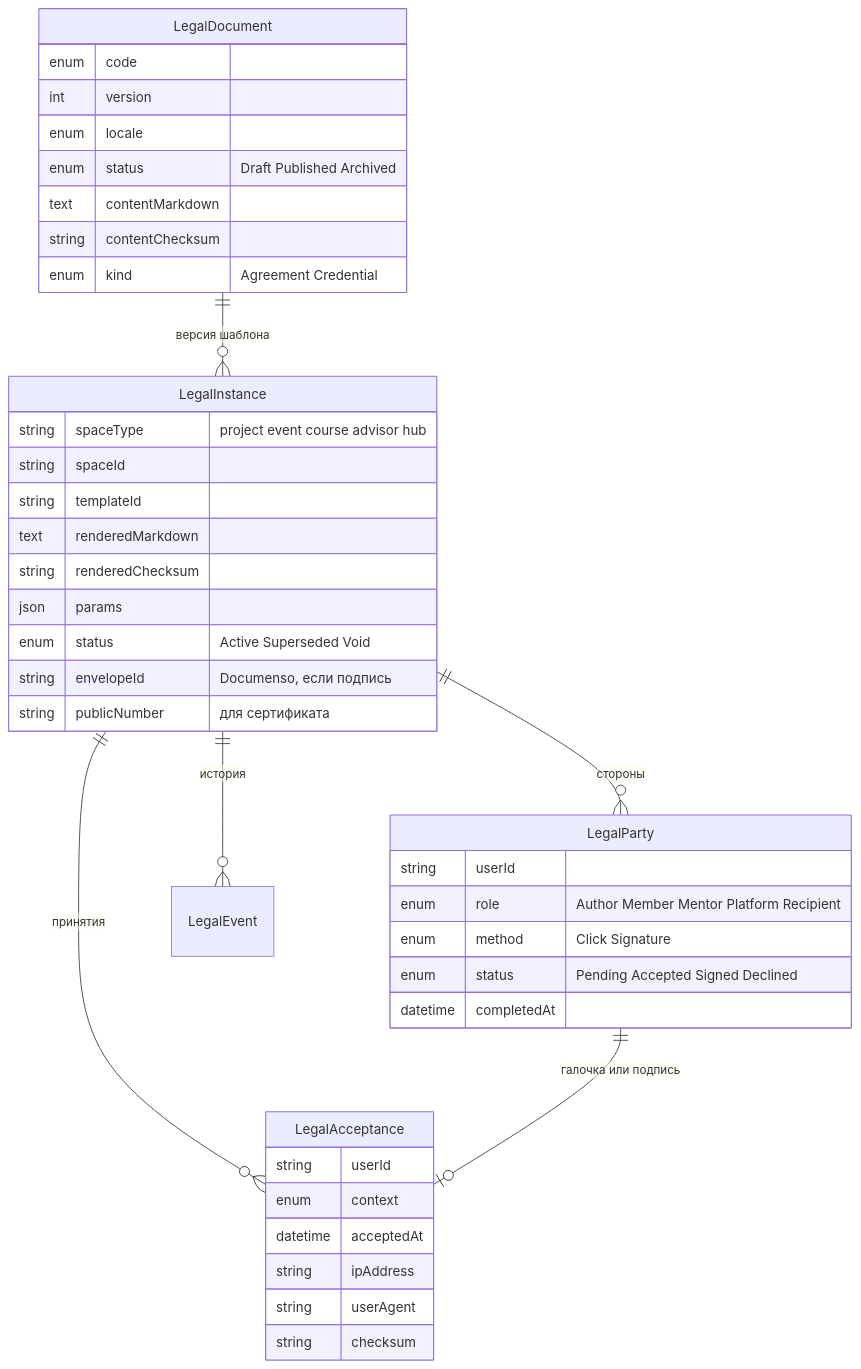
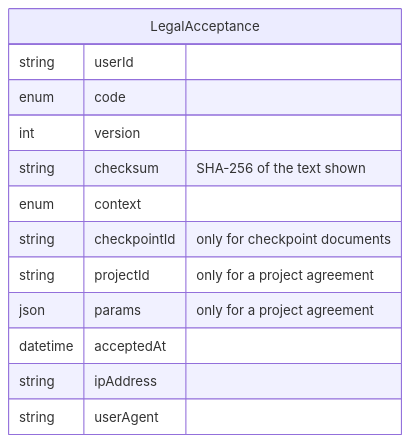
The diagram in docs/legal/legal-layer.md (gdhub-io/gdhub), drawn with Mermaid before and after one commit. The commit also changed other lines of this file and 3 other files, not shown here.

Commit message:
docs(legal): legal layer design — files and acceptances, advisor split, frames and spec

````diff
--- a/docs/legal/legal-layer.md
+++ b/docs/legal/legal-layer.md
@@ -190,44 +90,16 @@
 ```mermaid
 erDiagram
-    LegalDocument ||--o{ LegalInstance : "версия шаблона"
-    LegalInstance ||--o{ LegalParty : "стороны"
-    LegalInstance ||--o{ LegalAcceptance : "принятия"
-    LegalInstance ||--o{ LegalEvent : "история"
-    LegalParty ||--o| LegalAcceptance : "галочка или подпись"
-
-    LegalDocument {
+    LegalAcceptance {
+        string userId
         enum code
         int version
-        enum locale
-        enum status "Draft Published Archived"
-        text contentMarkdown
-        string contentChecksum
-        enum kind "Agreement Credential"
-    }
-    LegalInstance {
-        string spaceType "project event course advisor hub"
-        string spaceId
-        string templateId
-        text renderedMarkdown
-        string renderedChecksum
-        json params
-        enum status "Active Superseded Void"
-        string envelopeId "Documenso, если подпись"
-        string publicNumber "для сертификата"
-    }
-    LegalParty {
-        string userId
-        enum role "Author Member Mentor Platform Recipient"
-        enum method "Click Signature"
-        enum status "Pending Accepted Signed Declined"
-        datetime completedAt
-    }
-    LegalAcceptance {
-        string userId
+        string checksum "SHA-256 of the text shown"
         enum context
+        string checkpointId "only for checkpoint documents"
+        string projectId "only for a project agreement"
+        json params "only for a project agreement"
         datetime acceptedAt
         string ipAddress
         string userAgent
-        string checksum
     }
 ```
````
